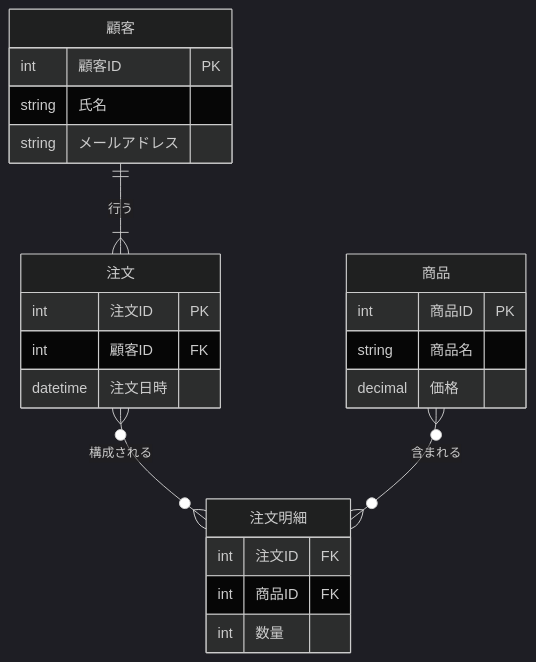
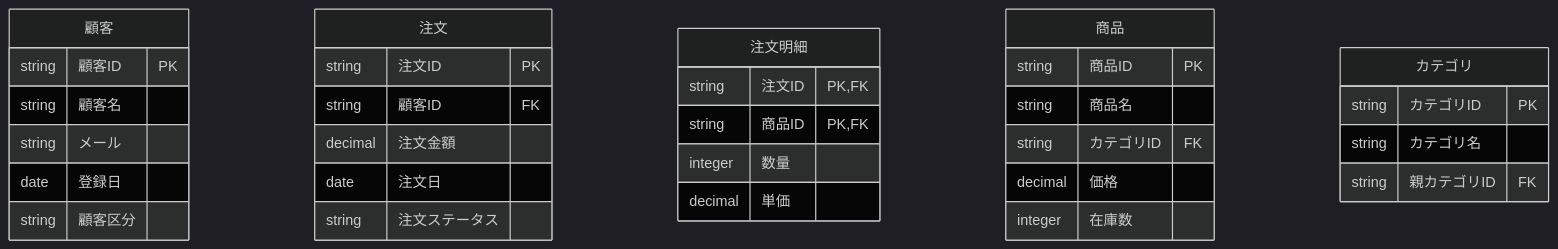
The second of 8 diagrams in learning/01_Development_Basic/013_Database_Basic/0134_Data_Modeling.md (YU-Kawasaki-05/develop-materials), drawn with Mermaid (dark theme) before and after one commit. The commit also changed other lines of this file, not shown here.

````diff
--- a/learning/01_Development_Basic/013_Database_Basic/0134_Data_Modeling.md
+++ b/learning/01_Development_Basic/013_Database_Basic/0134_Data_Modeling.md
@@ -108,27 +154,35 @@
-    ```mermaid
-    erDiagram
-        顧客 {
-            int 顧客ID PK
-            string 氏名
-            string メールアドレス
-        }
-        注文 {
-            int 注文ID PK
-            int 顧客ID FK
-            datetime 注文日時
-        }
-        商品 {
-            int 商品ID PK
-            string 商品名
-            decimal 価格
-        }
-        注文明細 {
-            int 注文ID FK
-            int 商品ID FK
-            int 数量
-        }
-
-        顧客 ||--|{ 注文 : "行う"
-        注文 }o--o{ 注文明細 : "構成される"
-        商品 }o--o{ 注文明細 : "含まれる"
-    ```
+```mermaid
+erDiagram
+    顧客 {
+        string 顧客ID PK
+        string 顧客名
+        string メール
+        date 登録日
+        string 顧客区分
+    }
+    注文 {
+        string 注文ID PK
+        string 顧客ID FK
+        decimal 注文金額
+        date 注文日
+        string 注文ステータス
+    }
+    注文明細 {
+        string 注文ID PK,FK
+        string 商品ID PK,FK
+        integer 数量
+        decimal 単価
+    }
+    商品 {
+        string 商品ID PK
+        string 商品名
+        string カテゴリID FK
+        decimal 価格
+        integer 在庫数
+    }
+    カテゴリ {
+        string カテゴリID PK
+        string カテゴリ名
+        string 親カテゴリID FK
+    }
+```
````
